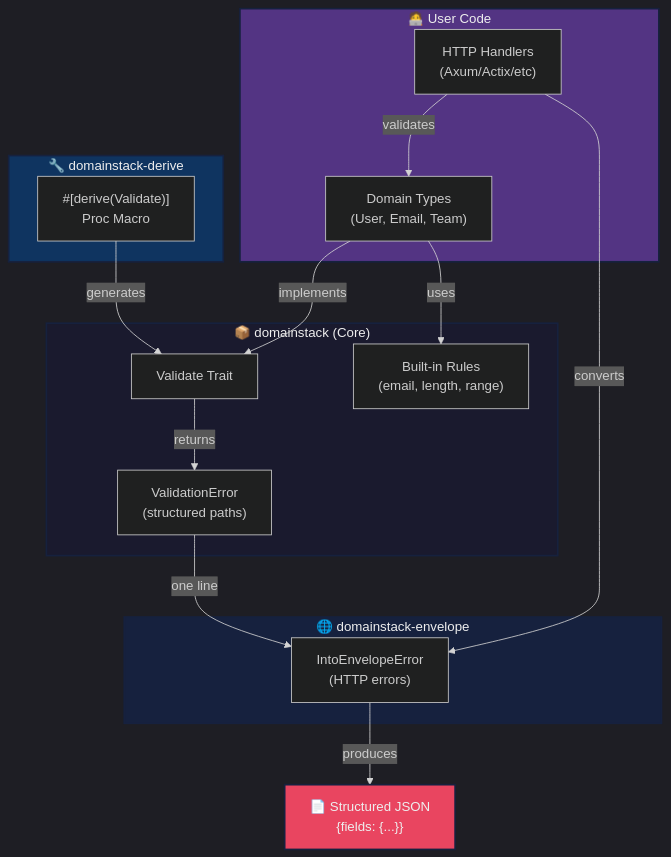
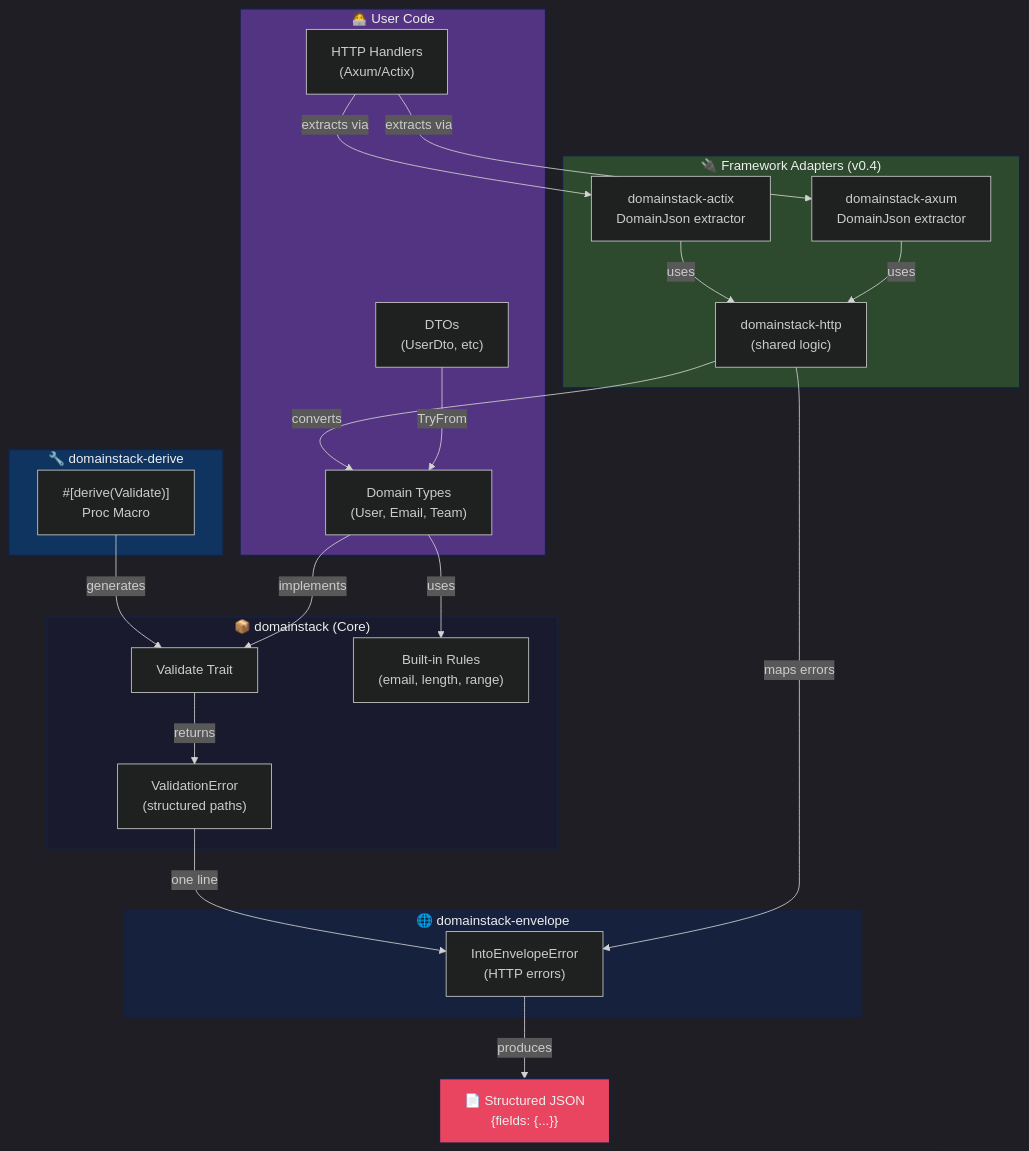
Before and after one commit to blackwell-systems/domainstack: the diagram in docs/architecture.md, drawn with Mermaid. The commit also changed 15 other files, not shown here.

First line of the commit message:
Add v0.4.0 framework adapters for Axum and Actix-web

````diff
--- a/docs/architecture.md
+++ b/docs/architecture.md
@@ -7,37 +7,50 @@
 ```mermaid
 %%{init: {'theme':'dark'}}%%
 graph TB
     subgraph User["🧑‍💻 User Code"]
         Domain["Domain Types<br/>(User, Email, Team)"]
-        Handler["HTTP Handlers<br/>(Axum/Actix/etc)"]
+        DTO["DTOs<br/>(UserDto, etc)"]
+        Handler["HTTP Handlers<br/>(Axum/Actix)"]
+    end
+    
+    subgraph Adapters["🔌 Framework Adapters (v0.4)"]
+        AxumExt["domainstack-axum<br/>DomainJson extractor"]
+        ActixExt["domainstack-actix<br/>DomainJson extractor"]
+        HttpShared["domainstack-http<br/>(shared logic)"]
     end
     
     subgraph Core["📦 domainstack (Core)"]
         Validate["Validate Trait"]
         Rules["Built-in Rules<br/>(email, length, range)"]
         Error["ValidationError<br/>(structured paths)"]
     end
     
     subgraph Derive["🔧 domainstack-derive"]
         Macro["#[derive(Validate)]<br/>Proc Macro"]
     end
     
     subgraph Envelope["🌐 domainstack-envelope"]
         Convert["IntoEnvelopeError<br/>(HTTP errors)"]
     end
     
+    DTO -->|"TryFrom"| Domain
     Domain -->|"implements"| Validate
     Domain -->|"uses"| Rules
     Macro -->|"generates"| Validate
     Validate -->|"returns"| Error
-    Handler -->|"validates"| Domain
-    Handler -->|"converts"| Convert
+    Handler -->|"extracts via"| AxumExt
+    Handler -->|"extracts via"| ActixExt
+    AxumExt -->|"uses"| HttpShared
+    ActixExt -->|"uses"| HttpShared
+    HttpShared -->|"converts"| Domain
+    HttpShared -->|"maps errors"| Convert
     Error -->|"one line"| Convert
     Convert -->|"produces"| JSON["📄 Structured JSON<br/>{fields: {...}}"]
     
     style Core fill:#1a1a2e,stroke:#16213e,stroke-width:2px,color:#eee
     style Derive fill:#0f3460,stroke:#16213e,stroke-width:2px,color:#eee
     style Envelope fill:#16213e,stroke:#16213e,stroke-width:2px,color:#eee
+    style Adapters fill:#2d4a2e,stroke:#16213e,stroke-width:2px,color:#eee
     style User fill:#533483,stroke:#16213e,stroke-width:2px,color:#eee
     style JSON fill:#e94560,stroke:#16213e,stroke-width:2px,color:#eee
 ```
````
